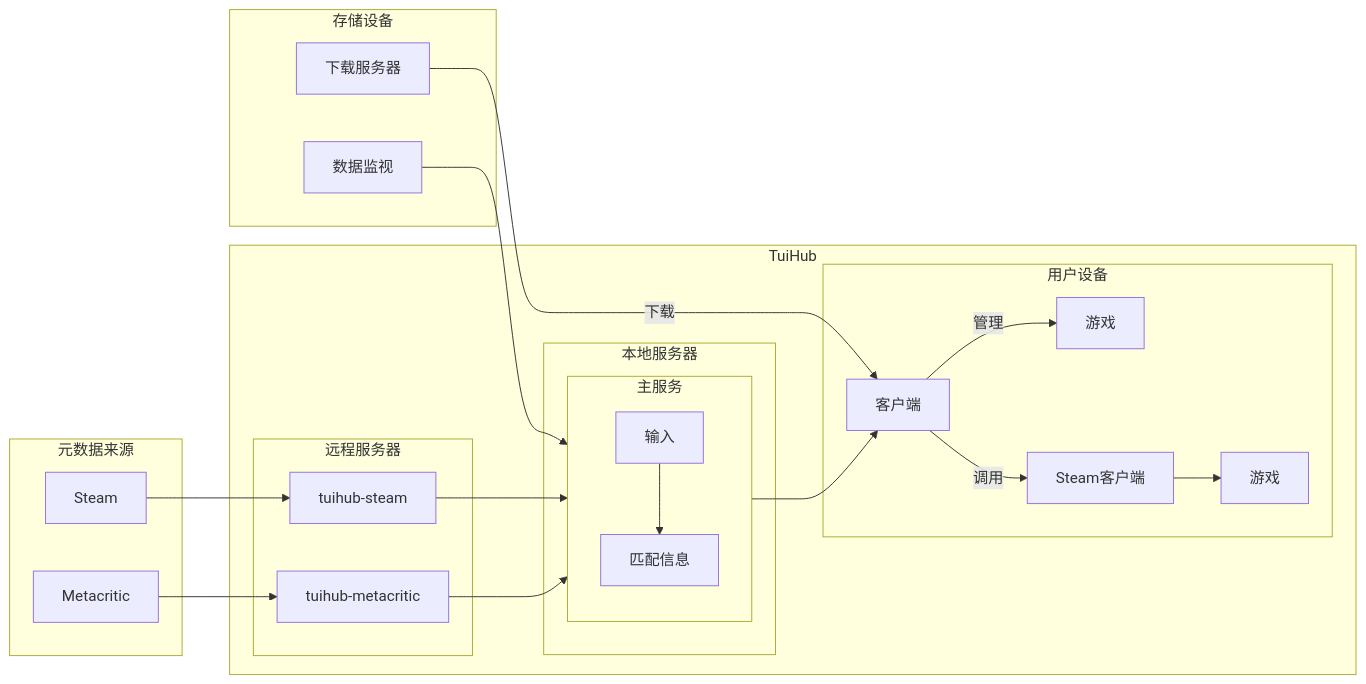
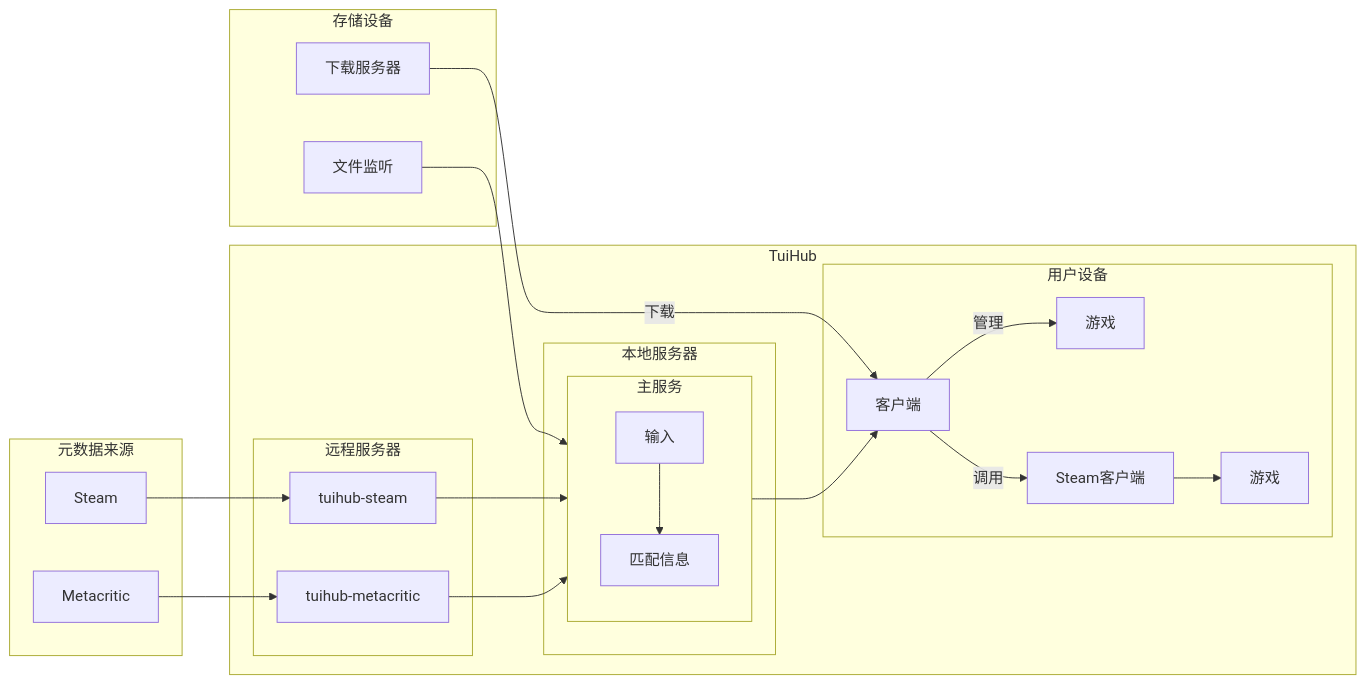
The second of 2 diagrams in README.zh-CN.md (tuihub/tuihub), drawn with Mermaid before and after one commit. The commit also changed other lines of this file, not shown here.

````diff
--- a/README.zh-CN.md
+++ b/README.zh-CN.md
@@ -117,40 +117,40 @@
 ```mermaid
 graph LR
     subgraph Metadata[元数据来源]
         Steam
         Metacritic
     end
     subgraph TuiHub
         subgraph User[用户设备]
             Waiter[客户端]
             Game[游戏]
             SteamClient[Steam客户端]
             Game2[游戏]
         end
         subgraph Main[本地服务器]
             subgraph Sephirah[主服务]
                 In[输入]
                 Processing[匹配信息]
                 In-->Processing
             end
         end
         subgraph Remote[远程服务器]
             PorterSteam[tuihub-steam]
             PorterMetacritic[tuihub-metacritic]
         end
     end
     subgraph Storage[存储设备]
-        Sentinel[数据监视]
+        Sentinel[文件监听]
         Download[下载服务器]
     end
     Sentinel-->Sephirah
     Download-->|下载|Waiter
     Waiter-->|管理|Game
     Waiter-->|调用|SteamClient
     SteamClient-->Game2
     Sephirah-->Waiter
     Steam-->PorterSteam
     Metacritic-->PorterMetacritic
     PorterSteam-->Sephirah
     PorterMetacritic-->Sephirah
 ```
````
